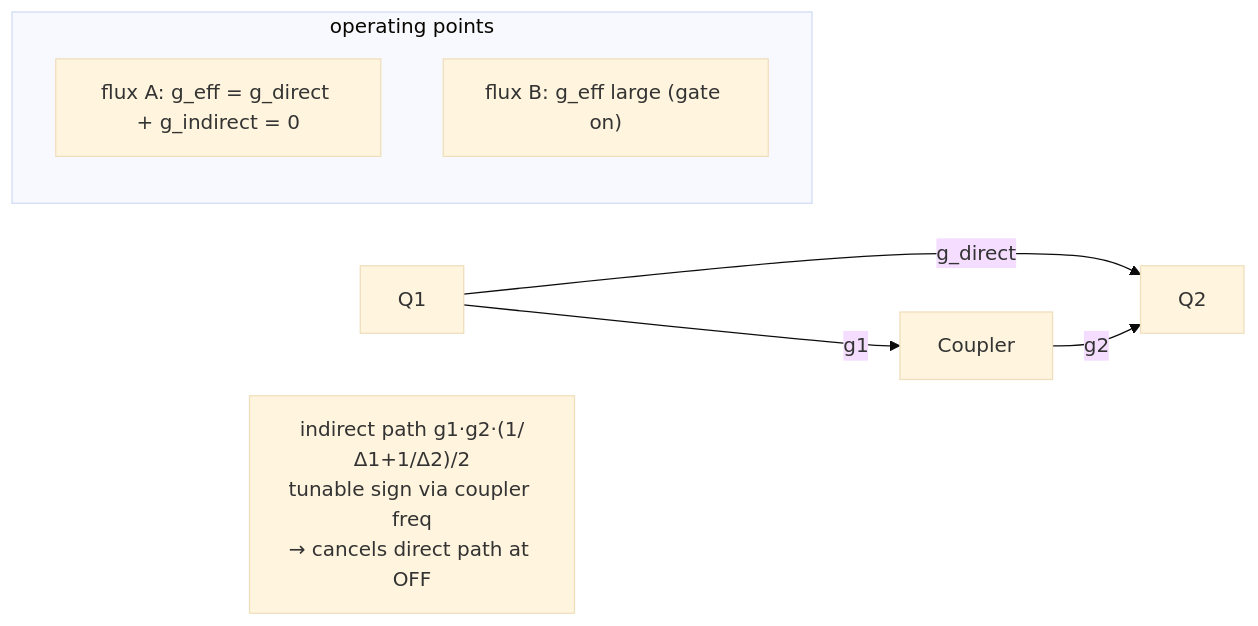
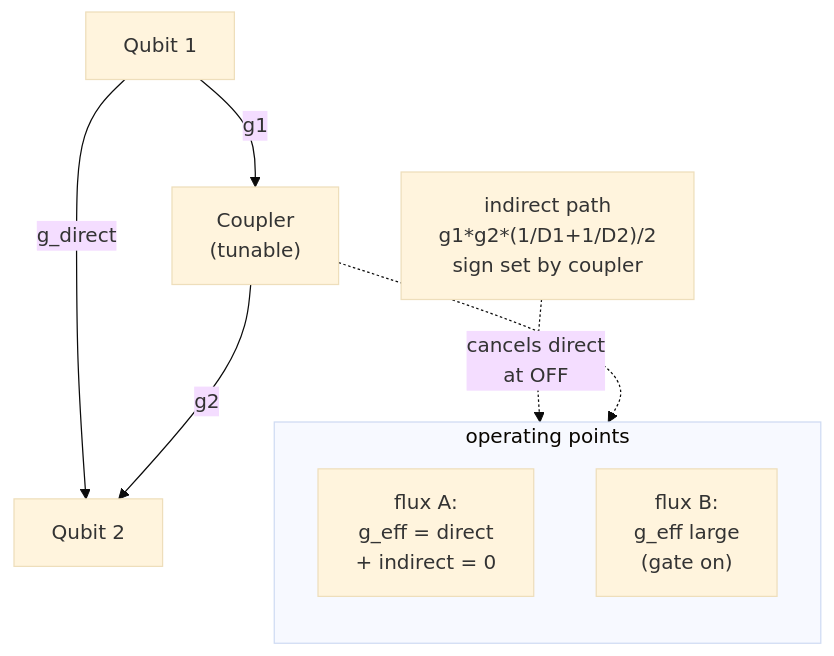
Before and after one commit to Iamsohungrynow/superconducting-qubits-journey: the diagram in tutorial/08-two-qubit-gates.md, drawn with Mermaid (base theme). The commit also changed 11 other files, not shown here.

Commit message:
Rewrite Mermaid diagrams for clear GitHub rendering (TD layout, short labels)

````diff
--- a/tutorial/08-two-qubit-gates.md
+++ b/tutorial/08-two-qubit-gates.md
@@ -109,11 +109,14 @@
 ```mermaid
-graph LR
-  Q1 -- "g_direct" --> Q2
-  Q1 -- "g1" --> C[Coupler]
-  C -- "g2" --> Q2
-  subgraph ops [operating points]
-    OFF["flux A: g_eff = g_direct + g_indirect = 0"]
-    ON["flux B: g_eff large (gate on)"]
+flowchart TD
+  Q1["Qubit 1"] -->|"g_direct"| Q2["Qubit 2"]
+  Q1 -->|"g1"| C["Coupler<br/>(tunable)"]
+  C -->|"g2"| Q2
+  subgraph ops ["operating points"]
+    direction TD
+    OFF["flux A:<br/>g_eff = direct<br/>+ indirect = 0"]
+    ON["flux B:<br/>g_eff large<br/>(gate on)"]
   end
-  note["indirect path g1·g2·(1/Δ1+1/Δ2)/2<br/>tunable sign via coupler freq<br/>→ cancels direct path at OFF"]
+  C -.-> ops
+  note["indirect path<br/>g1*g2*(1/D1+1/D2)/2<br/>sign set by coupler"]
+  note -.->|"cancels direct<br/>at OFF"| OFF
 ```
````
